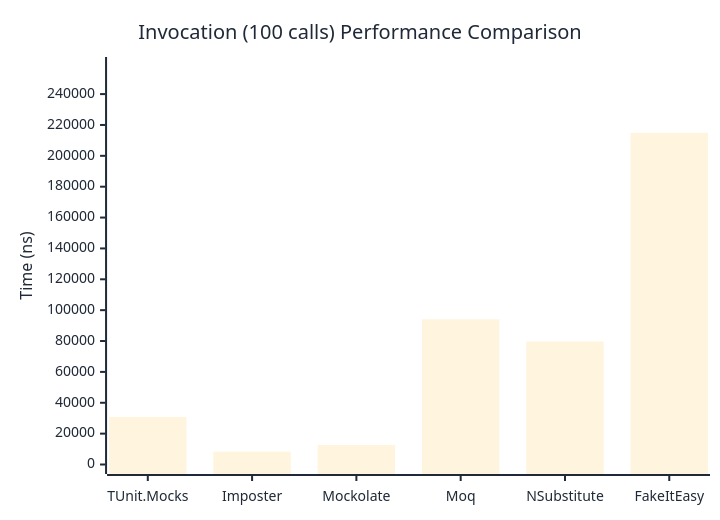
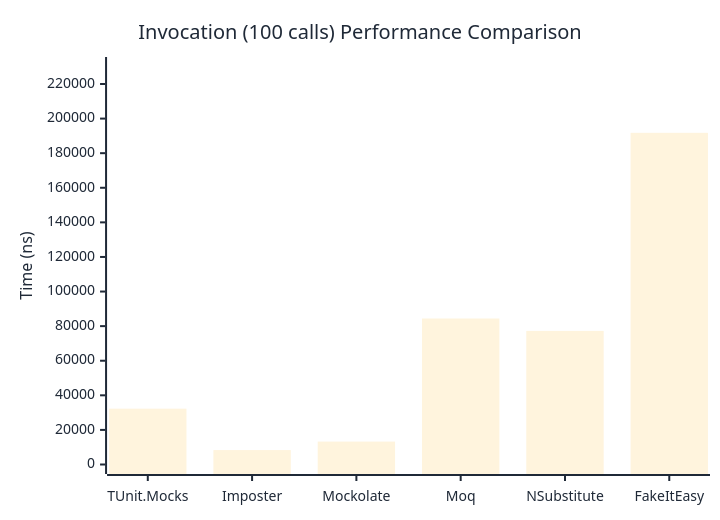
Before and after one commit to thomhurst/TUnit: the third of 3 diagrams in docs/docs/benchmarks/mocks/Invocation.md, drawn with Mermaid. The commit also changed other lines of this file and 14 other files, not shown here.

````diff
--- a/docs/docs/benchmarks/mocks/Invocation.md
+++ b/docs/docs/benchmarks/mocks/Invocation.md
@@ -112,27 +112,27 @@
 ```mermaid
 %%{init: {
   'theme':'base',
   'themeVariables': {
     'primaryColor': '#2563eb',
     'primaryTextColor': '#1f2937',
     'primaryBorderColor': '#1e40af',
     'lineColor': '#6b7280',
     'secondaryColor': '#7c3aed',
     'tertiaryColor': '#dc2626',
     'background': '#ffffff',
     'pie1': '#2563eb',
     'pie2': '#7c3aed',
     'pie3': '#dc2626',
     'pie4': '#f59e0b',
     'pie5': '#10b981',
     'pie6': '#06b6d4',
     'pie7': '#ec4899',
     'pie8': '#6366f1'
   }
 }}%%
 xychart-beta
   title "Invocation (100 calls) Performance Comparison"
   x-axis ["TUnit.Mocks", "Imposter", "Mockolate", "Moq", "NSubstitute", "FakeItEasy"]
-  y-axis "Time (ns)" 0 --> 257877
-  bar [30799.31, 8293.29, 12660.12, 94085.25, 79687.79, 214896.9]
+  y-axis "Time (ns)" 0 --> 230117
+  bar [32283.28, 8344.06, 13252.88, 84411.47, 77250.14, 191764.03]
 ```
````
